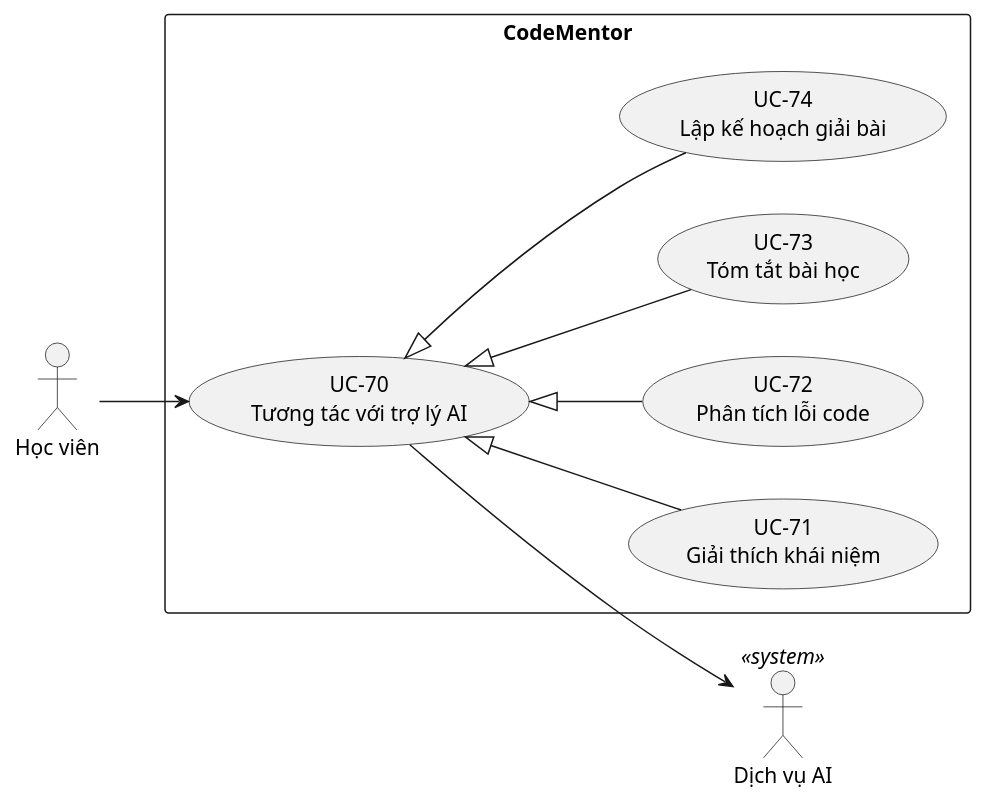
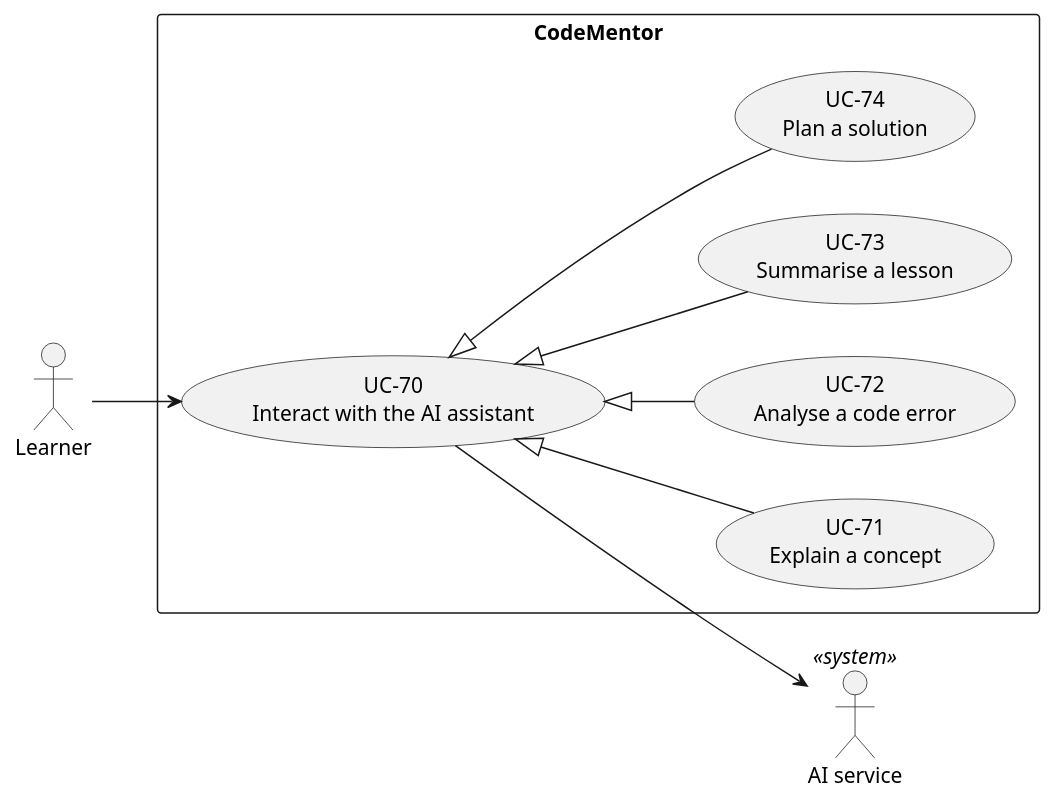
One commit to codementor-official/codementor-infra changed the eighth of 10 diagrams in docs/07-use-case-model.md. Above: the diagram before and after it, drawn with PlantUML. The commit also changed other lines of this file and 16 other files, not shown here.

First line of the commit message:
docs: English README, use-case docs and diagrams

````diff
--- a/docs/07-use-case-model.md
+++ b/docs/07-use-case-model.md
@@ -500,24 +505,24 @@
 ```plantuml
 @startuml p7-ai
 left to right direction
-actor "Học viên" as Learner
+actor "Learner" as Learner
 
 rectangle "CodeMentor" {
-  usecase "UC-70\nTương tác với trợ lý AI" as UC70
-  usecase "UC-71\nGiải thích khái niệm" as UC71
-  usecase "UC-72\nPhân tích lỗi code" as UC72
-  usecase "UC-73\nTóm tắt bài học" as UC73
-  usecase "UC-74\nLập kế hoạch giải bài" as UC74
+  usecase "UC-70\nInteract with the AI assistant" as UC70
+  usecase "UC-71\nExplain a concept" as UC71
+  usecase "UC-72\nAnalyse a code error" as UC72
+  usecase "UC-73\nSummarise a lesson" as UC73
+  usecase "UC-74\nPlan a solution" as UC74
 
   UC70 <|-- UC71
   UC70 <|-- UC72
   UC70 <|-- UC73
   UC70 <|-- UC74
 }
 
-actor "Dịch vụ AI" as AI <<system>>
+actor "AI service" as AI <<system>>
 
 Learner --> UC70
 UC70 --> AI
 @enduml
 ```
````
